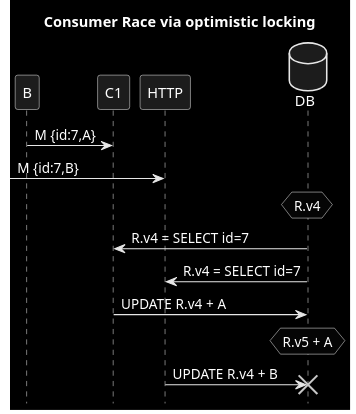
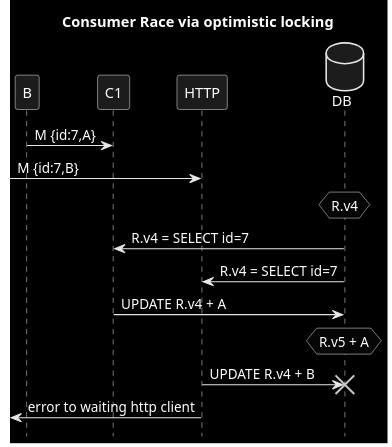
One commit to victorrentea/kafka changed the diagram in patterns/3_race_c_c.puml. Above: the diagram before and after it, drawn with PlantUML.

Commit message:
easy to report ex in sync interaction (http/soap/grpc)

```diff
--- a/patterns/3_race_c_c.puml
+++ b/patterns/3_race_c_c.puml
@@ -1,16 +1,17 @@
 @startuml
 title Consumer Race via optimistic locking
 hide footbox
 skinparam monochrome reverse
 database DB order 9
 
 B->C1: M {id:7,A}
 ->HTTP: M {id:7,B}
 hnote over DB: R.v4
 C1<-DB: R.v4 = SELECT id=7
 HTTP<-DB: R.v4 = SELECT id=7
 C1->DB: UPDATE R.v4 + A
 hnote over DB: R.v5 + A
 HTTP->DB!!: UPDATE R.v4 + B
+<-HTTP: error to waiting http client
 
 @enduml
```
